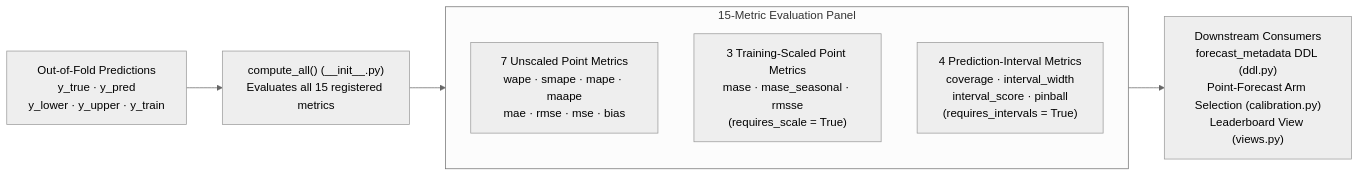
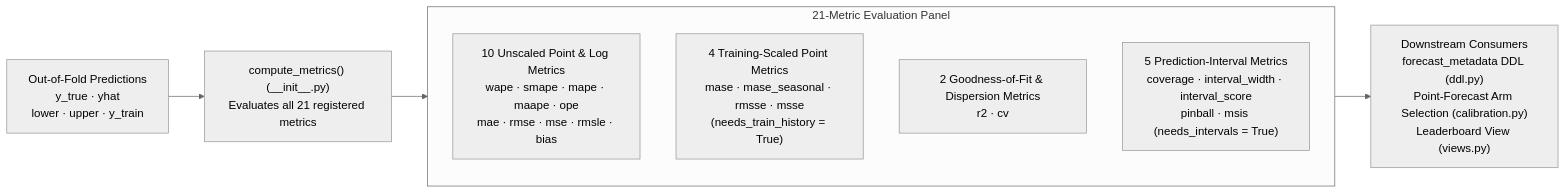
The diagram in src/scale_forecasting/metrics/README.md (statmike/scale-forecasting), drawn with Mermaid (neutral theme) before and after one commit. The commit also changed other lines of this file and 52 other files, not shown here.

````diff
--- a/src/scale_forecasting/metrics/README.md
+++ b/src/scale_forecasting/metrics/README.md
@@ -5,16 +5,17 @@
 ```mermaid
 flowchart LR
-    oof["Out-of-Fold Predictions<br/>y_true · y_pred<br/>y_lower · y_upper · y_train"]
-    cat["compute_all() (__init__.py)<br/>Evaluates all 15 registered metrics"]
+    oof["Out-of-Fold Predictions<br/>y_true · yhat<br/>lower · upper · y_train"]
+    cat["compute_metrics() (__init__.py)<br/>Evaluates all 21 registered metrics"]
 
-    subgraph panel["15-Metric Evaluation Panel"]
+    subgraph panel["21-Metric Evaluation Panel"]
         direction TB
-        pt["7 Unscaled Point Metrics<br/>wape · smape · mape · maape<br/>mae · rmse · mse · bias"]
-        sc["3 Training-Scaled Point Metrics<br/>mase · mase_seasonal · rmsse<br/>(requires_scale = True)"]
-        iv["4 Prediction-Interval Metrics<br/>coverage · interval_width<br/>interval_score · pinball<br/>(requires_intervals = True)"]
+        pt["10 Unscaled Point & Log Metrics<br/>wape · smape · mape · maape · ope<br/>mae · rmse · mse · rmsle · bias"]
+        sc["4 Training-Scaled Point Metrics<br/>mase · mase_seasonal · rmsse · msse<br/>(needs_train_history = True)"]
+        gf["2 Goodness-of-Fit & Dispersion Metrics<br/>r2 · cv"]
+        iv["5 Prediction-Interval Metrics<br/>coverage · interval_width · interval_score<br/>pinball · msis (needs_intervals = True)"]
     end
 
     ddl["Downstream Consumers<br/>forecast_metadata DDL (ddl.py)<br/>Point-Forecast Arm Selection (calibration.py)<br/>Leaderboard View (views.py)"]
 
     oof --> cat --> panel --> ddl
 ```
````
